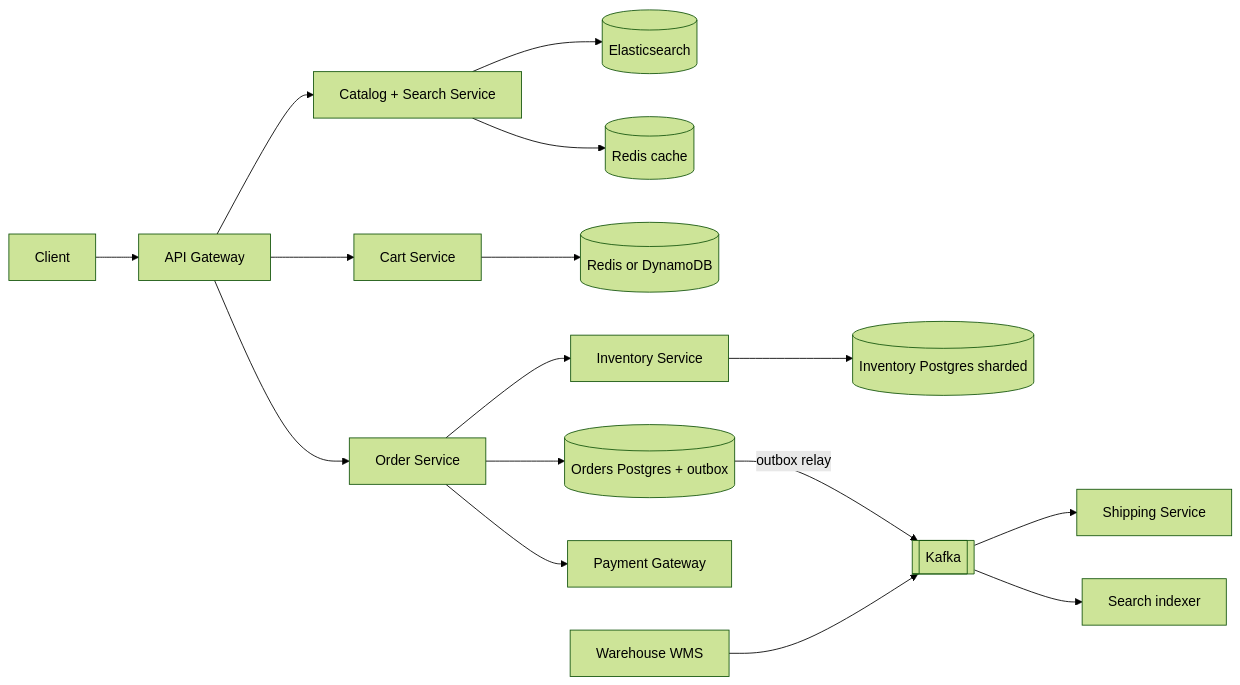
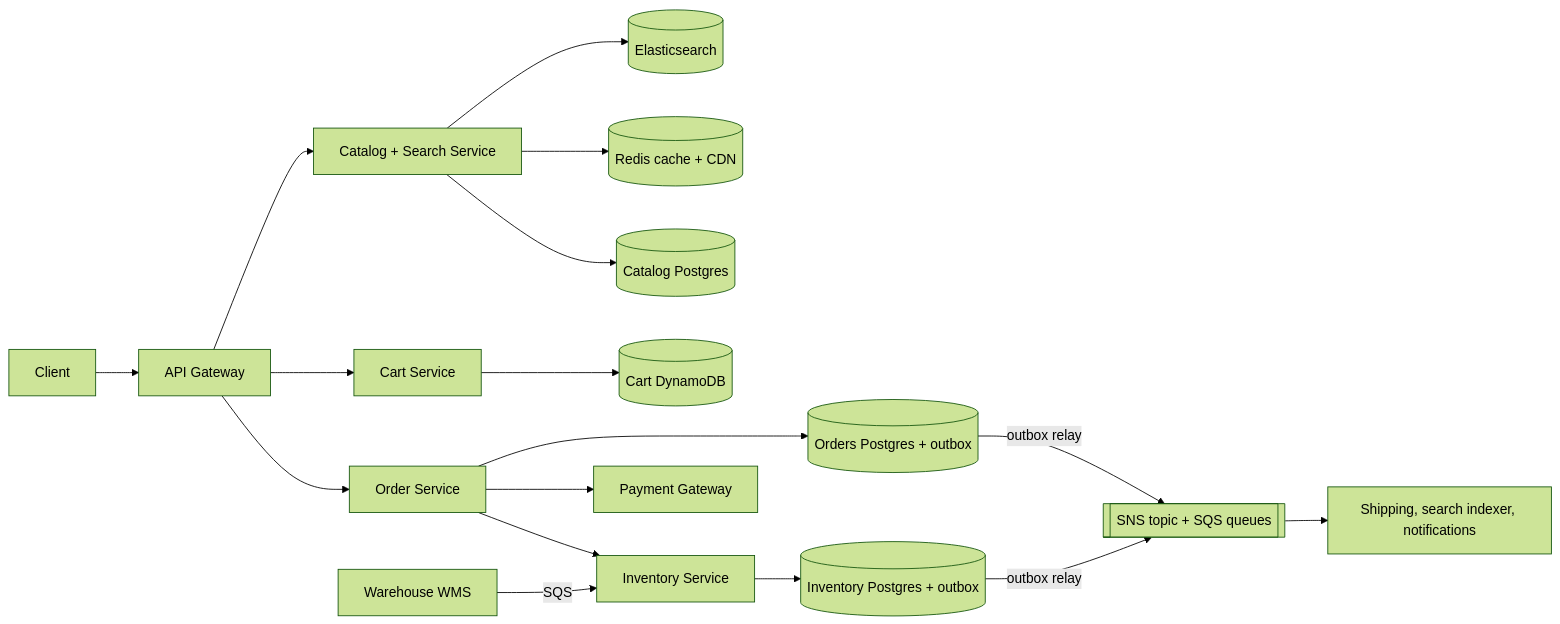
Before and after one commit to flow6979/system-design-prep: the first of 3 diagrams in content-en/02-questions/t2-24-ecommerce-inventory.md, drawn with Mermaid (forest theme). The commit also changed other lines of this file and 61 other files, not shown here.

````diff
--- a/content-en/02-questions/t2-24-ecommerce-inventory.md
+++ b/content-en/02-questions/t2-24-ecommerce-inventory.md
@@ -85,18 +91,19 @@
 ```mermaid
 flowchart LR
   C["Client"] --> G["API Gateway"]
   G --> CAT["Catalog + Search Service"]
   G --> CART["Cart Service"]
   G --> ORD["Order Service"]
   CAT --> ES[("Elasticsearch")]
-  CAT --> RC[("Redis cache")]
-  CART --> CR[("Redis or DynamoDB")]
+  CAT --> RC[("Redis cache + CDN")]
+  CAT --> CDB[("Catalog Postgres")]
+  CART --> CR[("Cart DynamoDB")]
   ORD --> ODB[("Orders Postgres + outbox")]
   ORD --> INV["Inventory Service"]
-  INV --> IDB[("Inventory Postgres sharded")]
+  INV --> IDB[("Inventory Postgres + outbox")]
   ORD --> PAY["Payment Gateway"]
-  ODB -- "outbox relay" --> K[["Kafka"]]
-  K --> SHIP["Shipping Service"]
-  K --> IDX["Search indexer"]
-  WMS["Warehouse WMS"] --> K
+  ODB -- "outbox relay" --> Q[["SNS topic + SQS queues"]]
+  IDB -- "outbox relay" --> Q
+  Q --> CON["Shipping, search indexer, notifications"]
+  WMS["Warehouse WMS"] -- "SQS" --> INV
 ```
````
